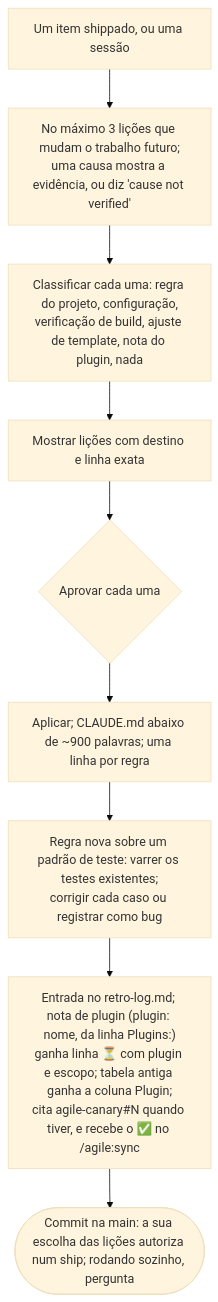
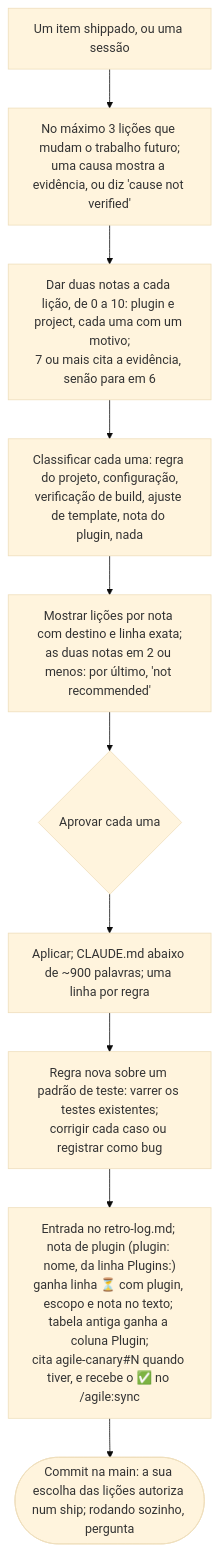
Before and after one commit to alexcanario/simulab: diagram 14 of 21 in docs/agile/workflow.pt-BR.md, drawn with Mermaid (base theme). The commit also changed other lines of this file and 8 other files, not shown here.

Commit message:
chore: sync with agile@canary 0.21.0

````diff
--- a/docs/agile/workflow.pt-BR.md
+++ b/docs/agile/workflow.pt-BR.md
@@ -3267,11 +3369,12 @@
 ```mermaid
 flowchart TD
     A["Um item shippado, ou uma sessão"] --> B["No máximo 3 lições que mudam o trabalho futuro;<br/>uma causa mostra a evidência, ou diz 'cause not verified'"]
-    B --> C["Classificar cada uma: regra do projeto, configuração,<br/>verificação de build, ajuste de template, nota do plugin, nada"]
-    C --> D["Mostrar lições com destino e linha exata"]
+    B --> B2["Dar duas notas a cada lição, de 0 a 10: plugin e project, cada uma com um motivo;<br/>7 ou mais cita a evidência, senão para em 6"]
+    B2 --> C["Classificar cada uma: regra do projeto, configuração,<br/>verificação de build, ajuste de template, nota do plugin, nada"]
+    C --> D["Mostrar lições por nota com destino e linha exata;<br/>as duas notas em 2 ou menos: por último, 'not recommended'"]
     D --> E{"Aprovar cada uma"}
     E --> F["Aplicar; CLAUDE.md abaixo de ~900 palavras; uma linha por regra"]
     F --> F2["Regra nova sobre um padrão de teste: varrer os testes existentes;<br/>corrigir cada caso ou registrar como bug"]
-    F2 --> G["Entrada no retro-log.md; nota de plugin (plugin: nome, da linha Plugins:)<br/>ganha linha ⏳ com plugin e escopo; tabela antiga ganha a coluna Plugin;<br/>cita agile-canary#N quando tiver, e recebe o ✅ no /agile:sync"]
+    F2 --> G["Entrada no retro-log.md; nota de plugin (plugin: nome, da linha Plugins:)<br/>ganha linha ⏳ com plugin, escopo e nota no texto; tabela antiga ganha a coluna Plugin;<br/>cita agile-canary#N quando tiver, e recebe o ✅ no /agile:sync"]
     G --> H(["Commit na main: a sua escolha das lições autoriza num ship; rodando sozinho, pergunta"])
 ```
````
